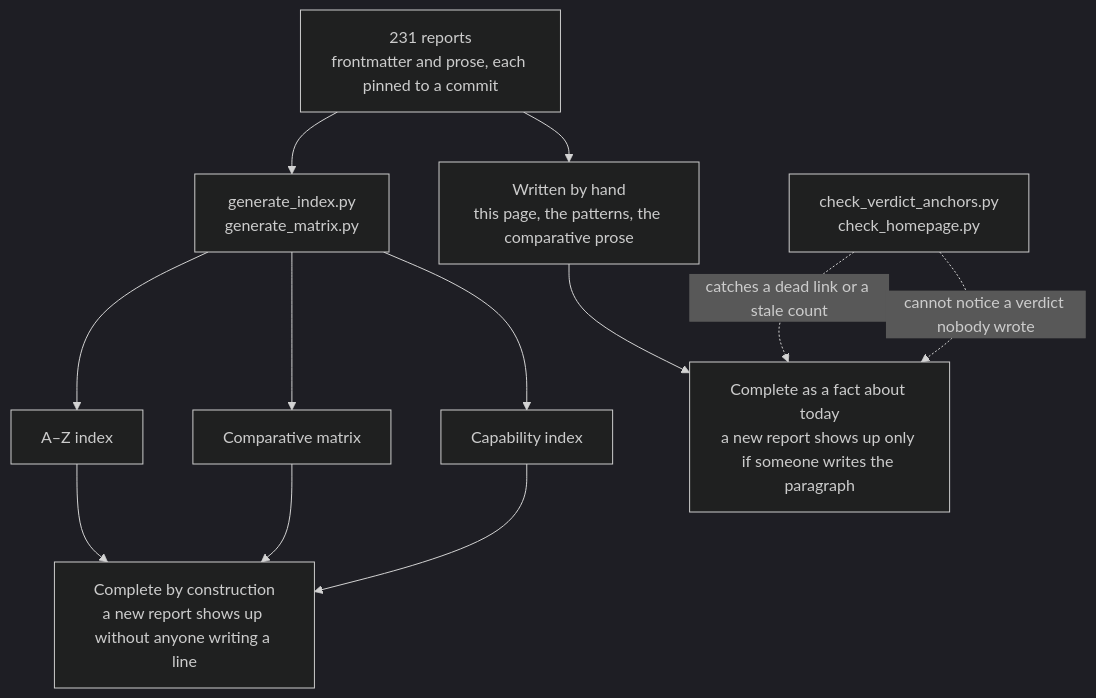
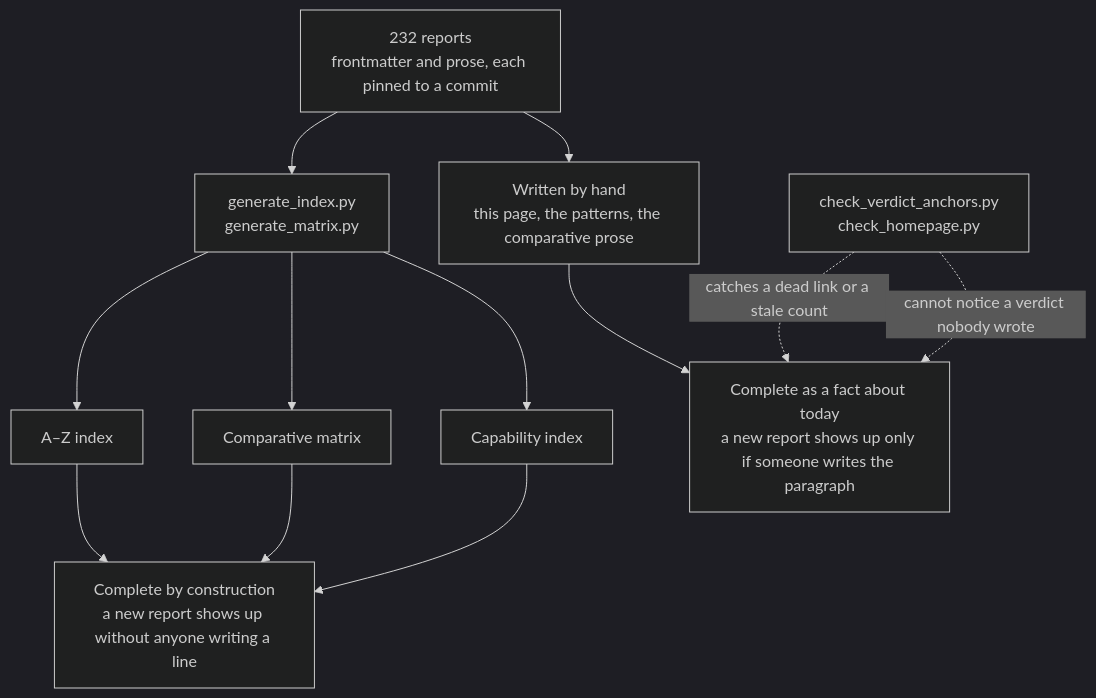
The diagram in content/verdicts.md (neoneye/agent-memory-atlas), drawn with Mermaid (dark theme) before and after one commit. The commit also changed other lines of this file and 19 other files, not shown here.

````diff
--- a/content/verdicts.md
+++ b/content/verdicts.md
@@ -40,15 +40,15 @@
 ```mermaid
 flowchart TD
-    R["231 reports<br/>frontmatter and prose, each pinned to a commit"]
+    R["232 reports<br/>frontmatter and prose, each pinned to a commit"]
     R --> GEN["generate_index.py<br/>generate_matrix.py"]
     R --> HAND["Written by hand<br/>this page, the patterns, the comparative prose"]
     GEN --> AZ["A–Z index"]
     GEN --> MX["Comparative matrix"]
     GEN --> CI["Capability index"]
     AZ --> CONST["Complete by construction<br/>a new report shows up without anyone writing a line"]
     MX --> CONST
     CI --> CONST
     HAND --> TODAY["Complete as a fact about today<br/>a new report shows up only if someone writes the paragraph"]
     CHK["check_verdict_anchors.py<br/>check_homepage.py"] -.->|"catches a dead link or a stale count"| TODAY
     CHK -.->|"cannot notice a verdict nobody wrote"| TODAY
 ```
````
